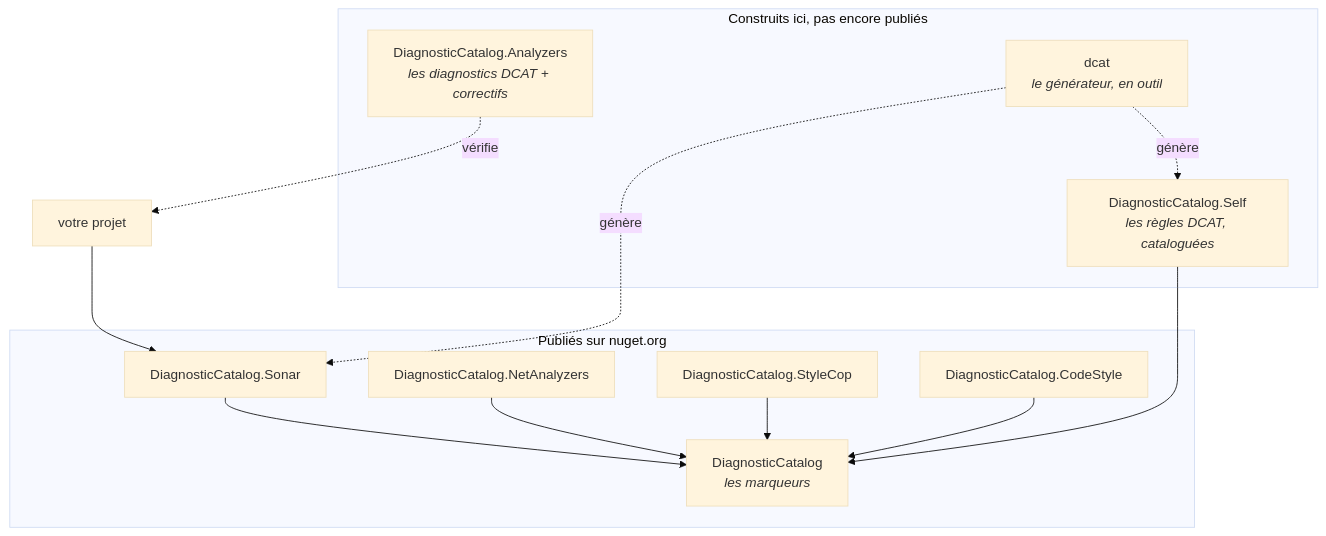
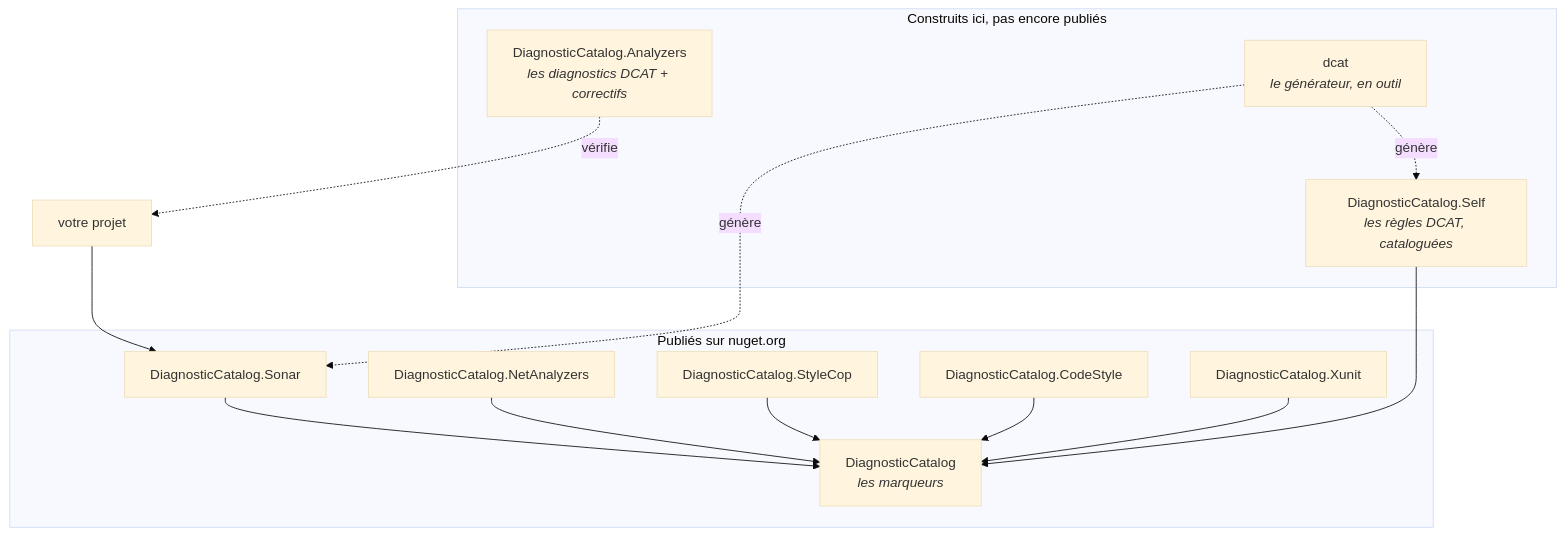
One commit to Reefact/diagnostic-catalog changed the second of 2 diagrams in doc/guide/concepts.fr.md. Above: the diagram before and after it, drawn with Mermaid (base theme). The commit also changed other lines of this file and 41 other files, not shown here.

````diff
--- a/doc/guide/concepts.fr.md
+++ b/doc/guide/concepts.fr.md
@@ -79,24 +79,26 @@
 ```mermaid
 flowchart TB
     subgraph PUB["Publiés sur nuget.org"]
         F["DiagnosticCatalog<br/><i>les marqueurs</i>"]
         S["DiagnosticCatalog.Sonar"]
         N["DiagnosticCatalog.NetAnalyzers"]
         T["DiagnosticCatalog.StyleCop"]
         CS["DiagnosticCatalog.CodeStyle"]
+        XU["DiagnosticCatalog.Xunit"]
         S --> F
         N --> F
         T --> F
         CS --> F
+        XU --> F
     end
     subgraph SOON["Construits ici, pas encore publiés"]
         A["DiagnosticCatalog.Analyzers<br/><i>les diagnostics DCAT + correctifs</i>"]
         SELF["DiagnosticCatalog.Self<br/><i>les règles DCAT, cataloguées</i>"]
         CLI["dcat<br/><i>le générateur, en outil</i>"]
         SELF --> F
     end
     YOU["votre projet"] --> S
     A -. "vérifie" .-> YOU
     CLI -. "génère" .-> S
     CLI -. "génère" .-> SELF
 ```
````
